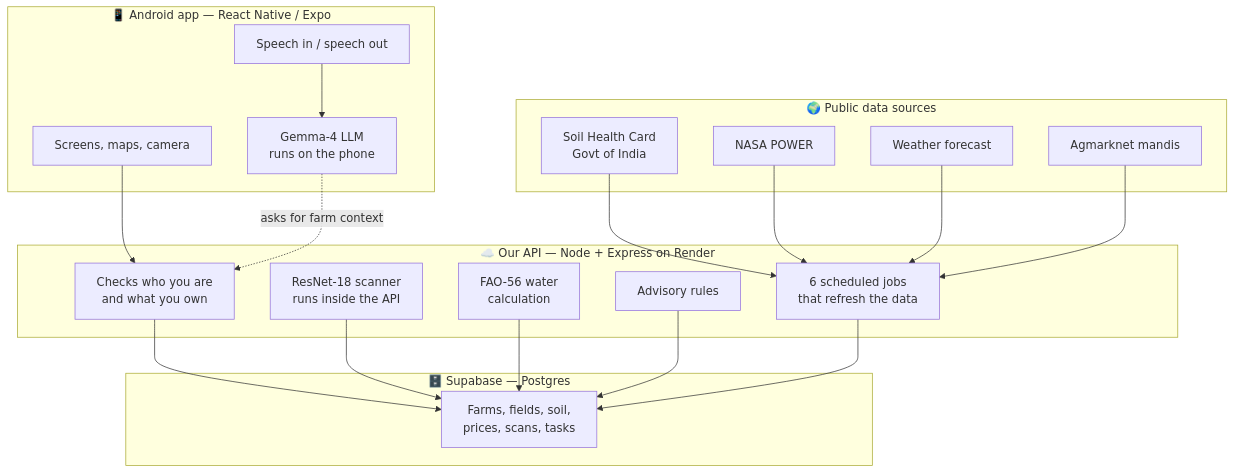
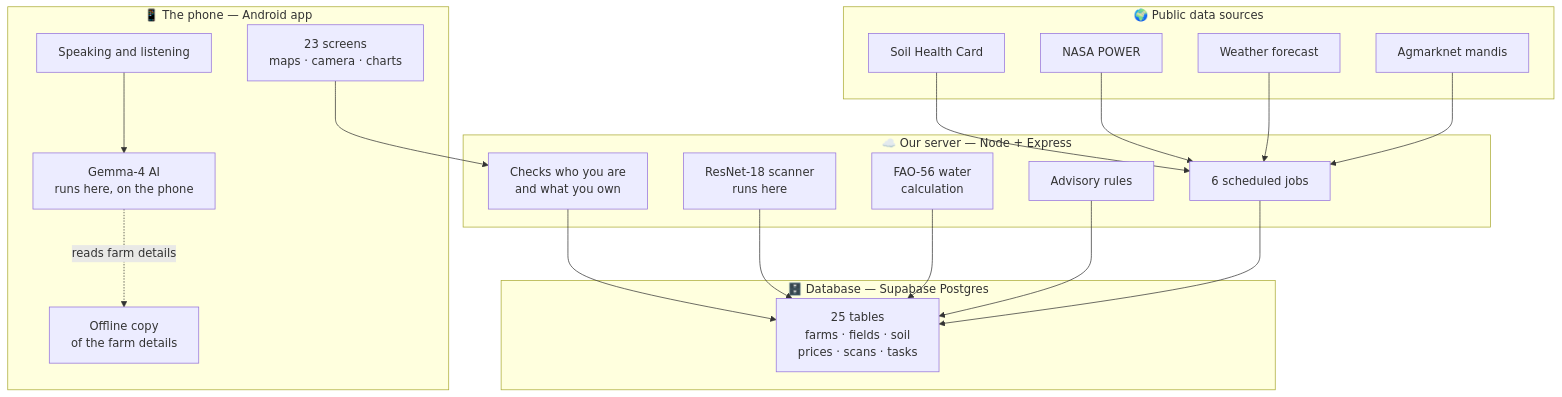
The second of 2 diagrams in docs/PRESENTATION.md (jpdevhub/Agronavis-App), drawn with Mermaid before and after one commit. The commit also changed other lines of this file and 1 other file, not shown here.

````diff
--- a/docs/PRESENTATION.md
+++ b/docs/PRESENTATION.md
@@ -65,40 +133,41 @@
 ```mermaid
 flowchart TB
-    subgraph PHONE["📱 Android app — React Native / Expo"]
-        UI["Screens, maps, camera"]
-        GEMMA["Gemma-4 LLM<br/>runs on the phone"]
-        VOICE["Speech in / speech out"]
+    subgraph PHONE["📱 The phone — Android app"]
+        UI["23 screens<br/>maps · camera · charts"]
+        GEMMA["Gemma-4 AI<br/>runs here, on the phone"]
+        VOICE["Speaking and listening"]
+        CACHE["Offline copy<br/>of the farm details"]
     end
 
-    subgraph API["☁️ Our API — Node + Express on Render"]
+    subgraph API["☁️ Our server — Node + Express"]
         AUTH["Checks who you are<br/>and what you own"]
-        RESNET["ResNet-18 scanner<br/>runs inside the API"]
+        RESNET["ResNet-18 scanner<br/>runs here"]
         ET0["FAO-56 water<br/>calculation"]
         RULES["Advisory rules"]
-        CRON["6 scheduled jobs<br/>that refresh the data"]
+        JOBS["6 scheduled jobs"]
     end
 
-    subgraph DB["🗄️ Supabase — Postgres"]
-        TABLES["Farms, fields, soil,<br/>prices, scans, tasks"]
+    subgraph DB["🗄️ Database — Supabase Postgres"]
+        TABLES["25 tables<br/>farms · fields · soil<br/>prices · scans · tasks"]
     end
 
     subgraph OUT["🌍 Public data sources"]
-        SHC["Soil Health Card<br/>Govt of India"]
+        SHC["Soil Health Card"]
         POWER["NASA POWER"]
         OWM["Weather forecast"]
         MANDI["Agmarknet mandis"]
     end
 
     UI --> AUTH
     VOICE --> GEMMA
-    GEMMA -.->|"asks for farm context"| AUTH
+    GEMMA -.->|"reads farm details"| CACHE
     AUTH --> TABLES
     RESNET --> TABLES
     ET0 --> TABLES
     RULES --> TABLES
-    SHC --> CRON
-    POWER --> CRON
-    OWM --> CRON
-    MANDI --> CRON
-    CRON --> TABLES
+    SHC --> JOBS
+    POWER --> JOBS
+    OWM --> JOBS
+    MANDI --> JOBS
+    JOBS --> TABLES
 ```
````
